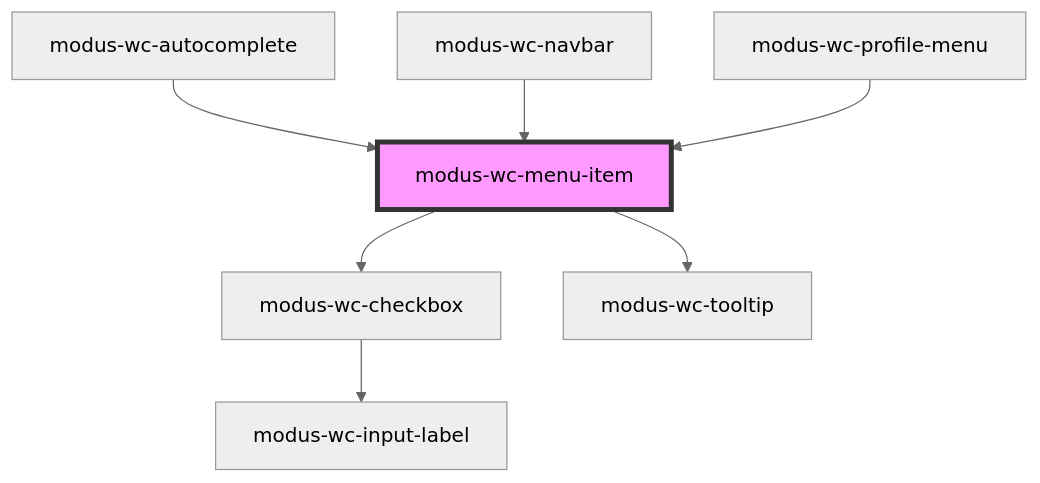
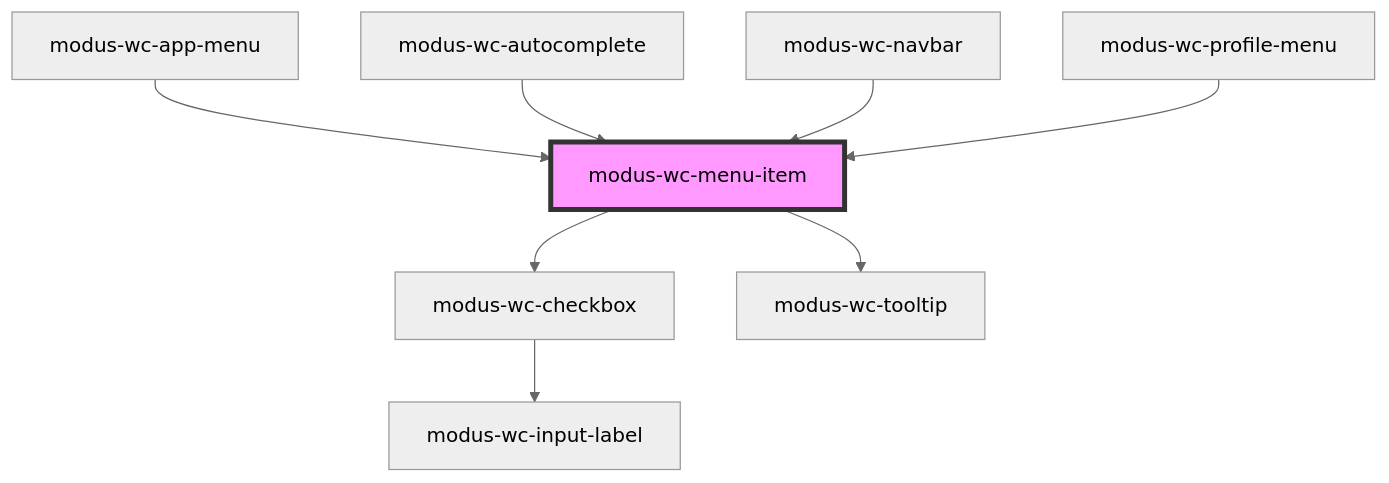
The diagram in src/components/modus-wc-menu-item/readme.md (trimble-oss/modus-wc-2.0), drawn with Mermaid (neutral theme) before and after one commit. The commit also changed other lines of this file and 16 other files, not shown here.

````diff
--- a/src/components/modus-wc-menu-item/readme.md
+++ b/src/components/modus-wc-menu-item/readme.md
@@ -67,10 +68,11 @@
 ```mermaid
 graph TD;
   modus-wc-menu-item --> modus-wc-checkbox
   modus-wc-menu-item --> modus-wc-tooltip
   modus-wc-checkbox --> modus-wc-input-label
+  modus-wc-app-menu --> modus-wc-menu-item
   modus-wc-autocomplete --> modus-wc-menu-item
   modus-wc-navbar --> modus-wc-menu-item
   modus-wc-profile-menu --> modus-wc-menu-item
   style modus-wc-menu-item fill:#f9f,stroke:#333,stroke-width:4px
 ```
````
